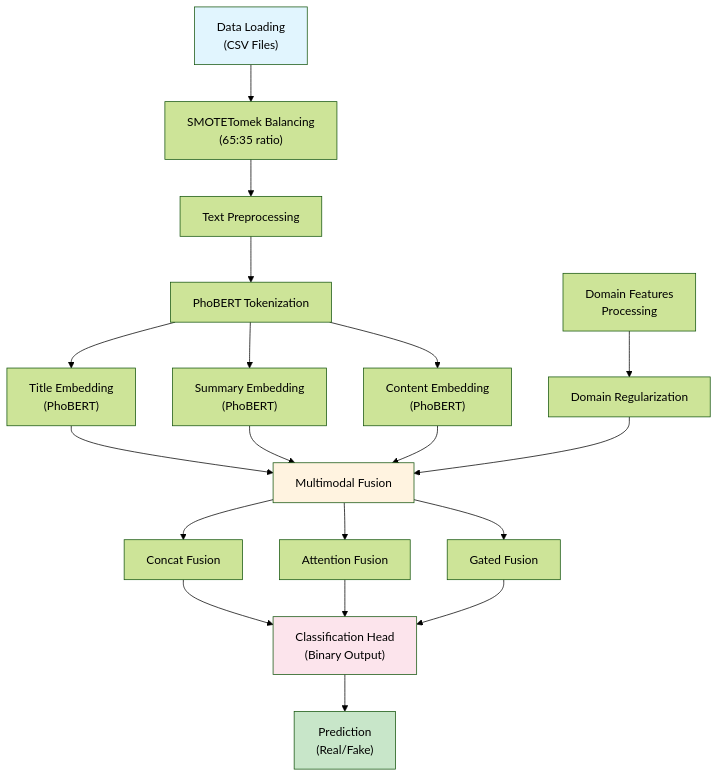
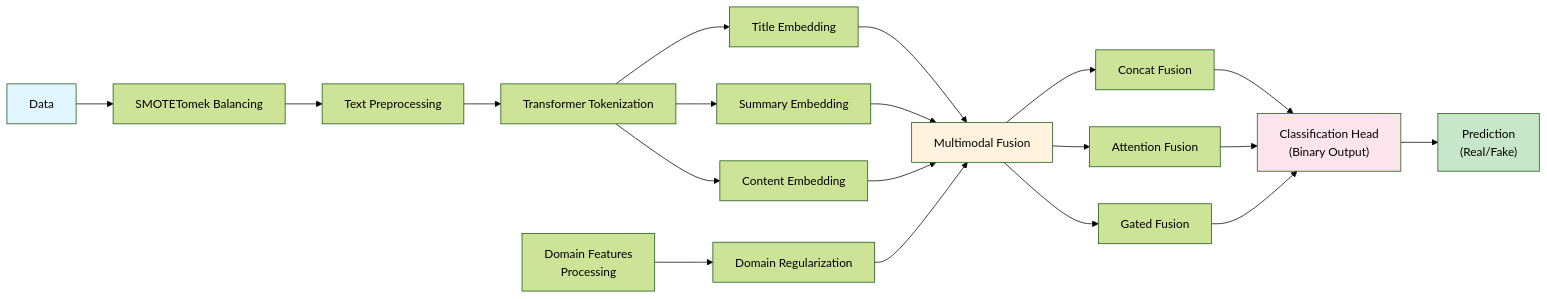
The second of 2 diagrams in README.md (huynhtuan0106/ViFN-Fake-News-Detection-System), drawn with Mermaid (forest theme) before and after one commit. The commit also changed other lines of this file and 17 other files, not shown here.

````diff
--- a/README.md
+++ b/README.md
@@ -21,32 +30,32 @@
 ```mermaid
-graph TD
-    A["Data Loading<br/>(CSV Files)"] --> B["SMOTETomek Balancing<br/>(65:35 ratio)"]
+graph LR
+    A["Data"] --> B["SMOTETomek Balancing"]
     B --> C["Text Preprocessing"]
-    C --> D["PhoBERT Tokenization"]
+    C --> D["Transformer Tokenization"]
     
-    D --> E1["Title Embedding<br/>(PhoBERT)"]
-    D --> E2["Summary Embedding<br/>(PhoBERT)"]
-    D --> E3["Content Embedding<br/>(PhoBERT)"]
+    D --> E1["Title Embedding"]
+    D --> E2["Summary Embedding"]
+    D --> E3["Content Embedding"]
     
     F["Domain Features<br/>Processing"] --> G["Domain Regularization"]
     
     E1 --> H["Multimodal Fusion"]
     E2 --> H
     E3 --> H
     G --> H
     
     H --> I1["Concat Fusion"]
     H --> I2["Attention Fusion"]
     H --> I3["Gated Fusion"]
     
     I1 --> J["Classification Head<br/>(Binary Output)"]
     I2 --> J
     I3 --> J
     
     J --> K["Prediction<br/>(Real/Fake)"]
     
     style A fill:#e1f5fe
     style K fill:#c8e6c9
     style H fill:#fff3e0
     style J fill:#fce4ec
 ```
````
